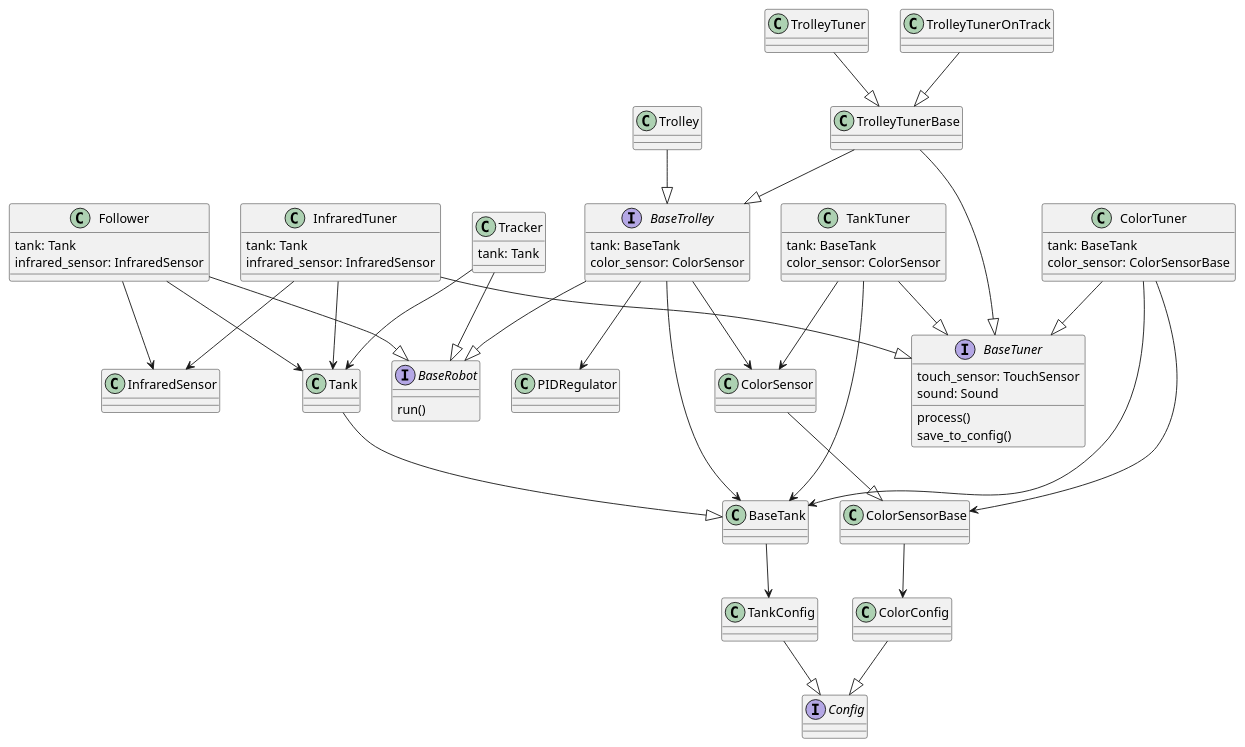
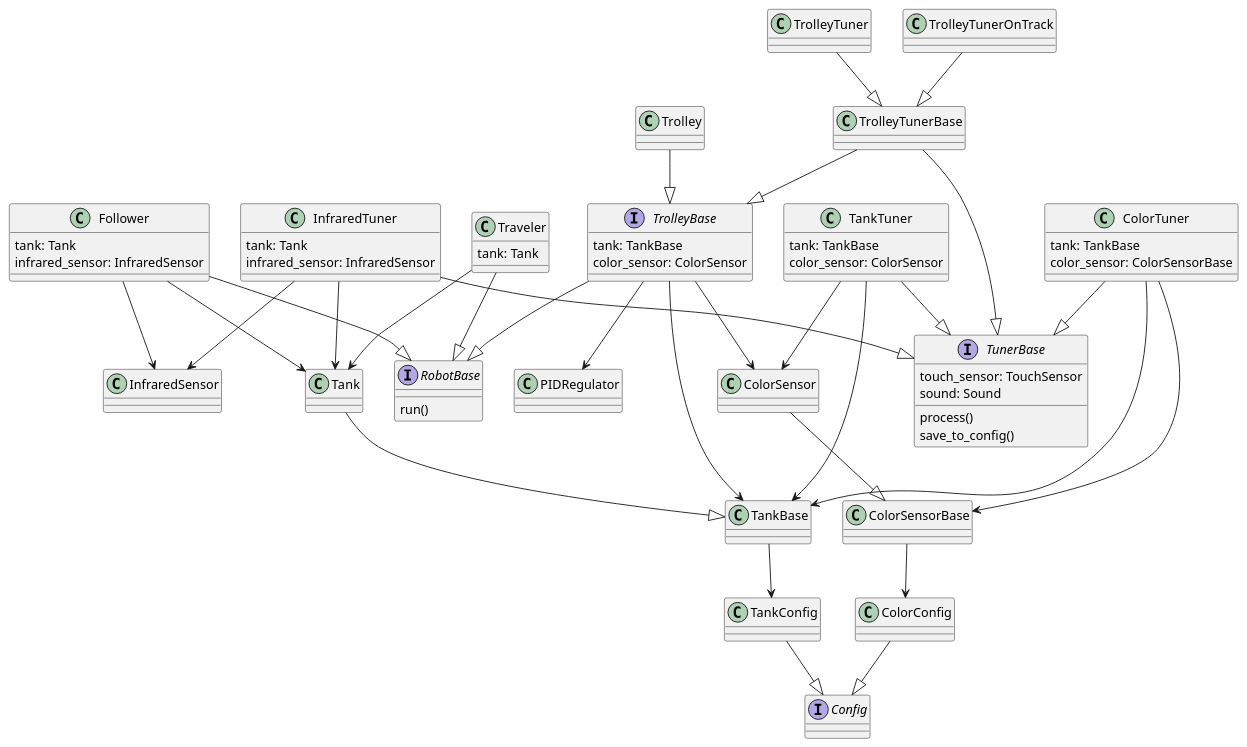
One commit to sirejik/eva changed the diagram in diagrams/class_diagram.puml. Above: the diagram before and after it, drawn with PlantUML. The commit also changed 13 other files, not shown here.

```diff
--- a/diagrams/class_diagram.puml
+++ b/diagrams/class_diagram.puml
@@ -1,111 +1,111 @@
 @startuml
 
 interface Config {
 }
 
 class TankConfig {
 }
 TankConfig --|> Config
 
 class ColorConfig {
 }
 ColorConfig --|> Config
 
 class PIDRegulator {
 }
 
 class ColorSensorBase {
 }
 ColorSensorBase --> ColorConfig
 
 class ColorSensor {
 }
 ColorSensor --|> ColorSensorBase
 
 class InfraredSensor {
 }
 
-class BaseTank {
+class TankBase {
 }
-BaseTank --> TankConfig
+TankBase --> TankConfig
 
 class Tank {
 }
-Tank --|> BaseTank
+Tank --|> TankBase
 
-interface BaseRobot {
+interface RobotBase {
     run()
 }
 
-interface BaseTrolley {
-        tank: BaseTank
+interface TrolleyBase {
+        tank: TankBase
         color_sensor: ColorSensor
 }
-BaseTrolley --|> BaseRobot
-BaseTrolley --> BaseTank
-BaseTrolley --> ColorSensor
-BaseTrolley --> PIDRegulator
+TrolleyBase --|> RobotBase
+TrolleyBase --> TankBase
+TrolleyBase --> ColorSensor
+TrolleyBase --> PIDRegulator
 
 class Follower {
         tank: Tank
         infrared_sensor: InfraredSensor
 }
-Follower --|> BaseRobot
+Follower --|> RobotBase
 Follower --> Tank
 Follower --> InfraredSensor
 
-class Tracker {
+class Traveler {
         tank: Tank
 }
-Tracker --|> BaseRobot
-Tracker --> Tank
+Traveler --|> RobotBase
+Traveler --> Tank
 
 class Trolley {
 }
-Trolley --|> BaseTrolley
+Trolley --|> TrolleyBase
 
-interface BaseTuner {
+interface TunerBase {
         touch_sensor: TouchSensor
         sound: Sound
         process()
         save_to_config()
 }
 
 class ColorTuner {
-        tank: BaseTank
+        tank: TankBase
         color_sensor: ColorSensorBase
 }
-ColorTuner --|> BaseTuner
-ColorTuner --> BaseTank
+ColorTuner --|> TunerBase
+ColorTuner --> TankBase
 ColorTuner --> ColorSensorBase
 
 class InfraredTuner {
         tank: Tank
         infrared_sensor: InfraredSensor
 }
-InfraredTuner --|> BaseTuner
+InfraredTuner --|> TunerBase
 InfraredTuner --> Tank
 InfraredTuner --> InfraredSensor
 
 class TankTuner {
-        tank: BaseTank
+        tank: TankBase
         color_sensor: ColorSensor
 }
-TankTuner --|> BaseTuner
-TankTuner --> BaseTank
+TankTuner --|> TunerBase
+TankTuner --> TankBase
 TankTuner --> ColorSensor
 
 class TrolleyTunerBase {
 }
-TrolleyTunerBase --|> BaseTrolley
-TrolleyTunerBase --|> BaseTuner
+TrolleyTunerBase --|> TrolleyBase
+TrolleyTunerBase --|> TunerBase
 
 class TrolleyTuner {
 }
 TrolleyTuner --|> TrolleyTunerBase
 
 class TrolleyTunerOnTrack {
 }
 TrolleyTunerOnTrack --|> TrolleyTunerBase
 
 @enduml
```
